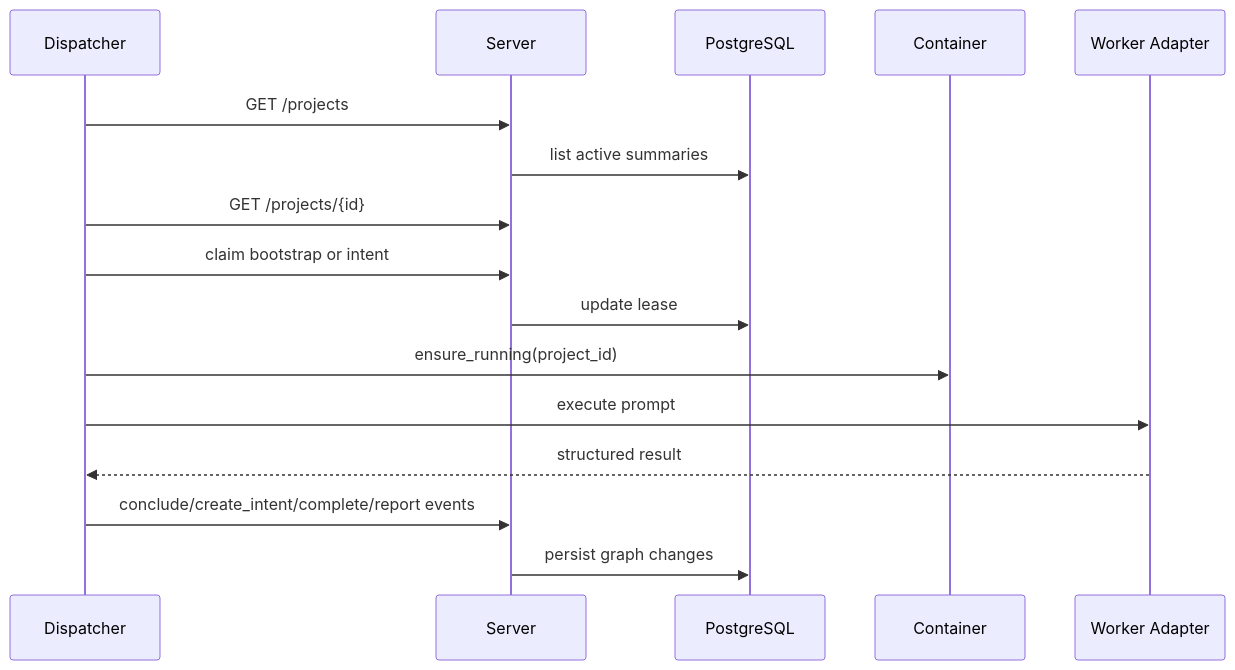
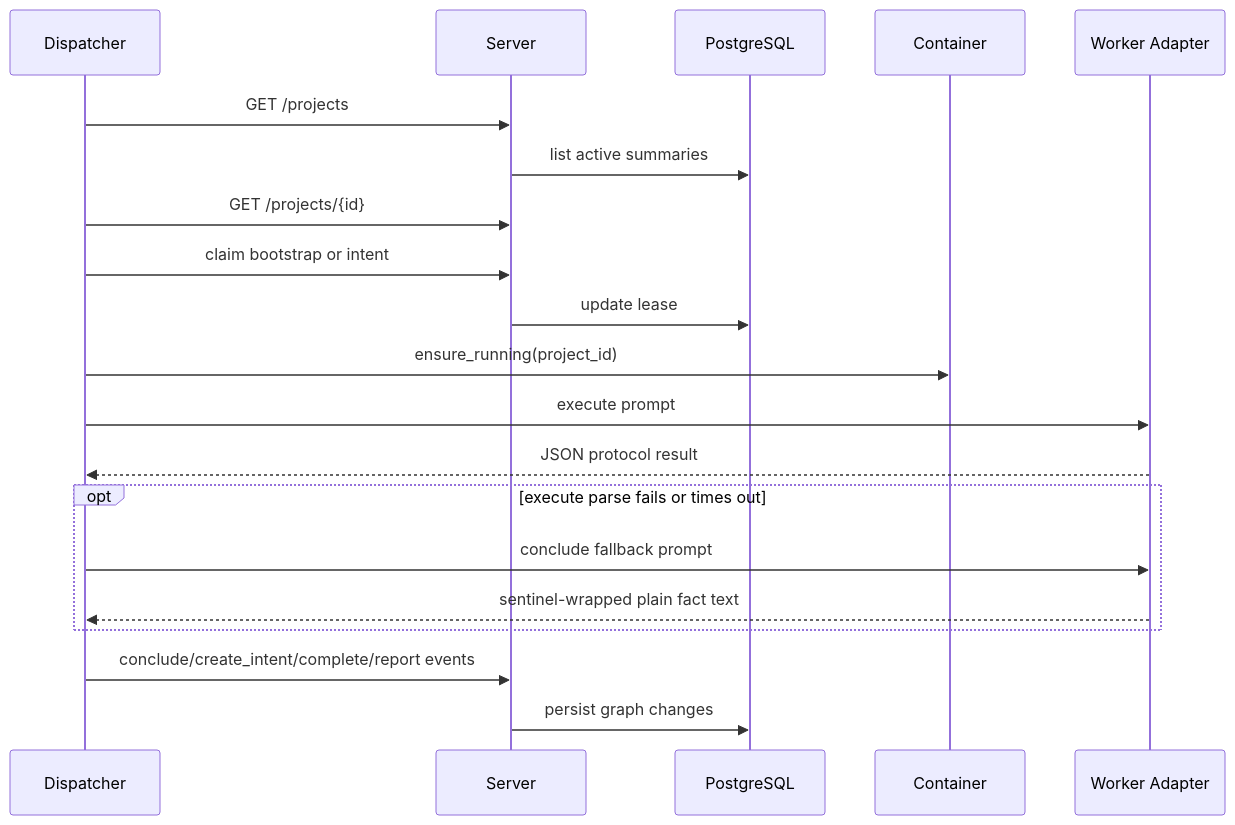
The second of 5 diagrams in AI/CODEBASE_ANALYSIS.md (j7ur8/Cairn), drawn with Mermaid before and after one commit. The commit also changed other lines of this file and 282 other files, not shown here.

````diff
--- a/AI/CODEBASE_ANALYSIS.md
+++ b/AI/CODEBASE_ANALYSIS.md
@@ -136,19 +147,23 @@
 ```mermaid
 sequenceDiagram
     participant D as Dispatcher
     participant S as Server
     participant DB as PostgreSQL
     participant C as Container
     participant W as Worker Adapter
 
     D->>S: GET /projects
     S->>DB: list active summaries
     D->>S: GET /projects/{id}
     D->>S: claim bootstrap or intent
     S->>DB: update lease
     D->>C: ensure_running(project_id)
     D->>W: execute prompt
-    W-->>D: structured result
+    W-->>D: JSON protocol result
+    opt execute parse fails or times out
+        D->>W: conclude fallback prompt
+        W-->>D: sentinel-wrapped plain fact text
+    end
     D->>S: conclude/create_intent/complete/report events
     S->>DB: persist graph changes
 ```
````
